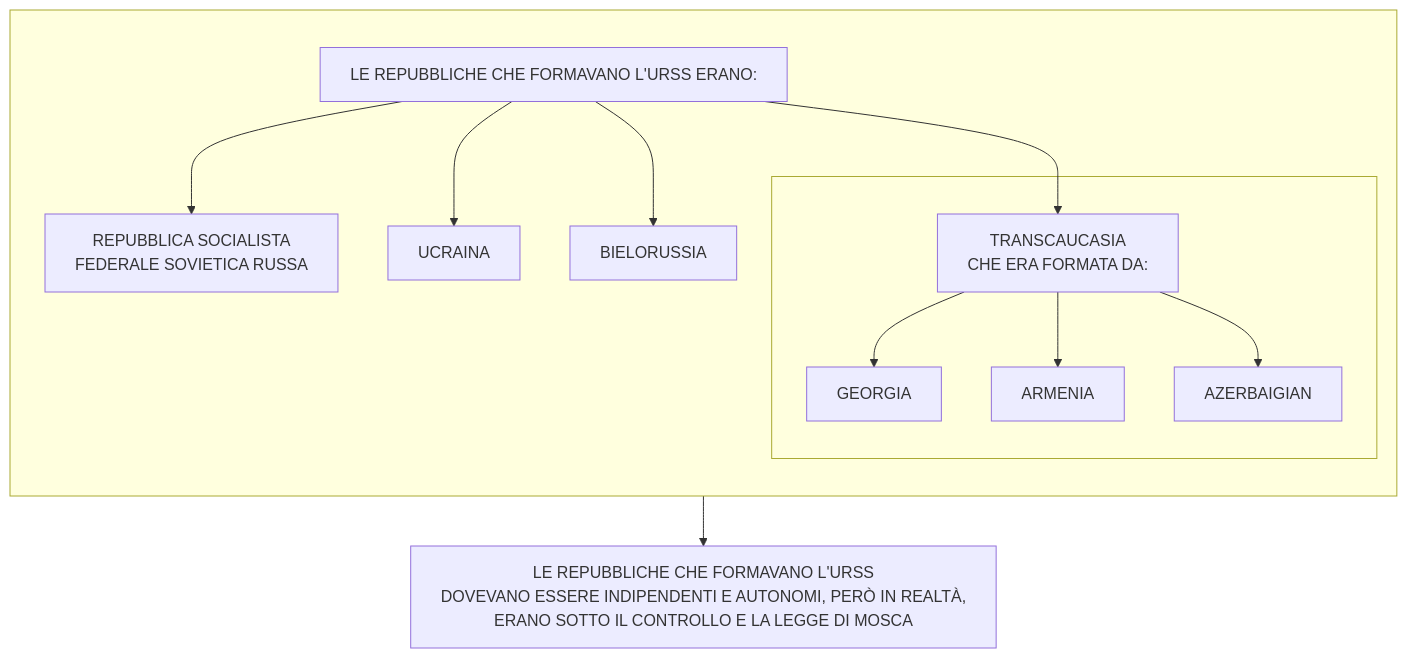
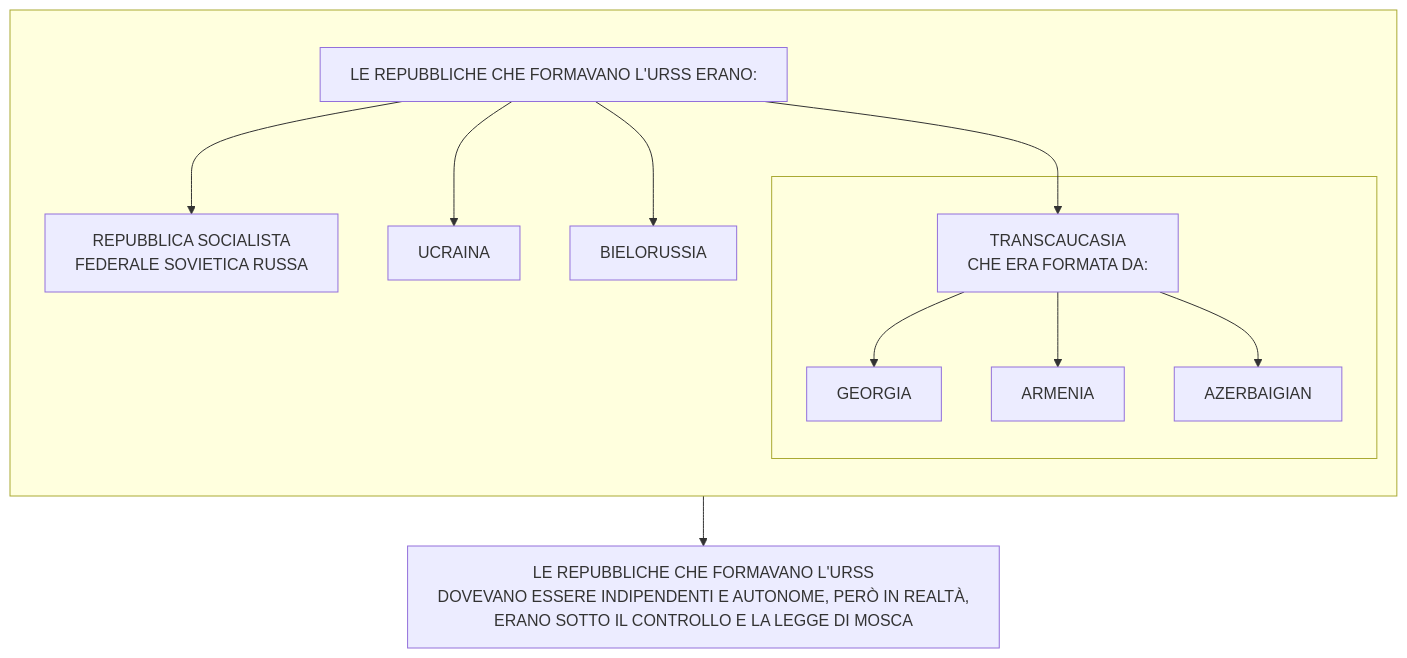
Diagram 12 of 22 in stalinismoRiscrittura.md (Laaouatni/ricerca-storia-MermaidJS), drawn with Mermaid before and after one commit.

````diff
--- a/stalinismoRiscrittura.md
+++ b/stalinismoRiscrittura.md
@@ -222,21 +222,21 @@
 ```mermaid
 %%{init: { "flowchart": { "wrappingWidth": 800 } }}%%
 flowchart TB
   subgraph 1[" "]
     direction TB
     2[LE REPUBBLICHE CHE FORMAVANO L'URSS ERANO:]
     3[REPUBBLICA SOCIALISTA <br> FEDERALE SOVIETICA RUSSA]
     4[UCRAINA]
     5[BIELORUSSIA]
     subgraph 6[" "]
       7[TRANSCAUCASIA <br>CHE ERA FORMATA DA:]
       70[GEORGIA]
       71[ARMENIA]
       72[AZERBAIGIAN]
       7 --> 70 & 71 & 72
     end
     2 --> 3 & 4 & 5 & 7
   end
-  0[LE REPUBBLICHE CHE FORMAVANO L'URSS <br>DOVEVANO ESSERE INDIPENDENTI E AUTONOMI, PERÒ IN REALTÀ, <br>ERANO SOTTO IL CONTROLLO E LA LEGGE DI MOSCA]
+  0[LE REPUBBLICHE CHE FORMAVANO L'URSS <br>DOVEVANO ESSERE INDIPENDENTI E AUTONOME, PERÒ IN REALTÀ, <br>ERANO SOTTO IL CONTROLLO E LA LEGGE DI MOSCA]
   1 --> 0
 ```
````
